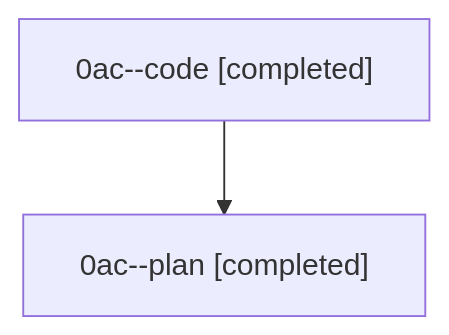
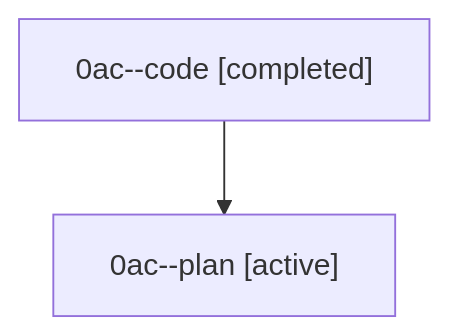
One commit to sase-org/sase--agents changed the diagram in families/bbugyi200.athena.0ac.md. Above: the diagram before and after it, drawn with Mermaid. The commit also changed other lines of this file and 35830 other files, not shown here.

````diff
--- a/families/bbugyi200.athena.0ac.md
+++ b/families/bbugyi200.athena.0ac.md
@@ -9,6 +9,6 @@
 ```mermaid
 flowchart TD
   n0["0ac--code [completed]"]
-  n1["0ac--plan [completed]"]
+  n1["0ac--plan [active]"]
   n0 --> n1
 ```
````
